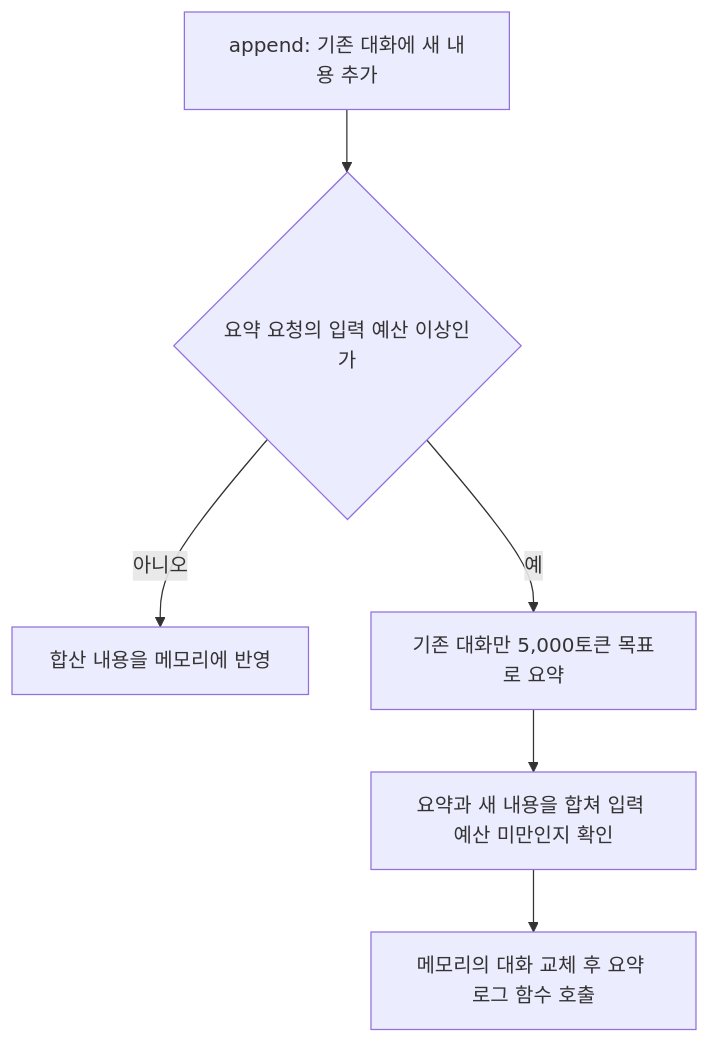
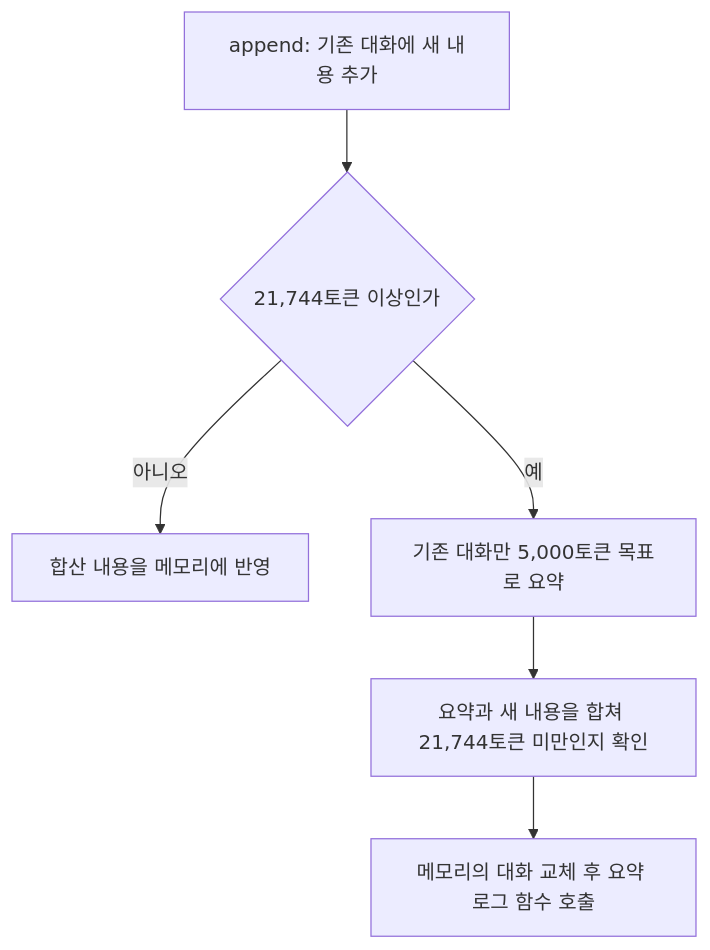
Before and after one commit to Inha-zero-two/private-llm-pipeline: the diagram in docs/context-manager.md, drawn with Mermaid. The commit also changed other lines of this file and 4 other files, not shown here.

````diff
--- a/docs/context-manager.md
+++ b/docs/context-manager.md
@@ -9,8 +16,8 @@
 ```mermaid
 flowchart TD
-    A["append: 기존 대화에 새 내용 추가"] --> B{"요약 요청의 입력 예산 이상인가"}
+    A["append: 기존 대화에 새 내용 추가"] --> B{"21,744토큰 이상인가"}
     B -->|아니오| C["합산 내용을 메모리에 반영"]
     B -->|예| D["기존 대화만 5,000토큰 목표로 요약"]
-    D --> E["요약과 새 내용을 합쳐 입력 예산 미만인지 확인"]
+    D --> E["요약과 새 내용을 합쳐 21,744토큰 미만인지 확인"]
     E --> F["메모리의 대화 교체 후 요약 로그 함수 호출"]
 ```
````
